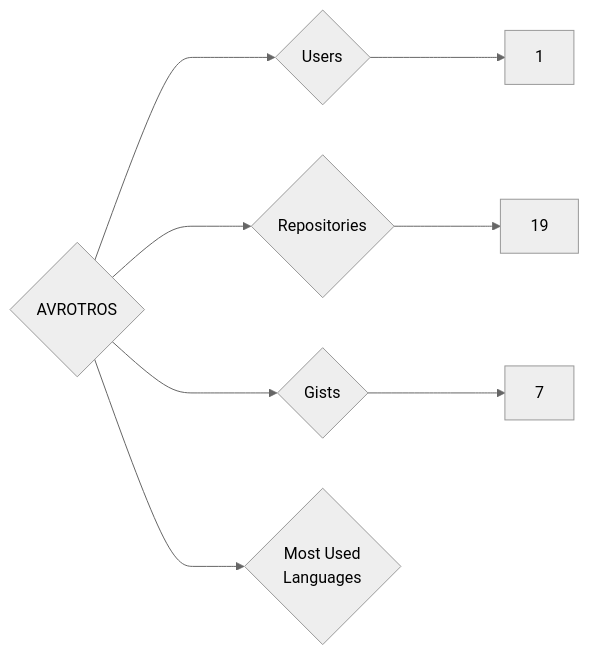
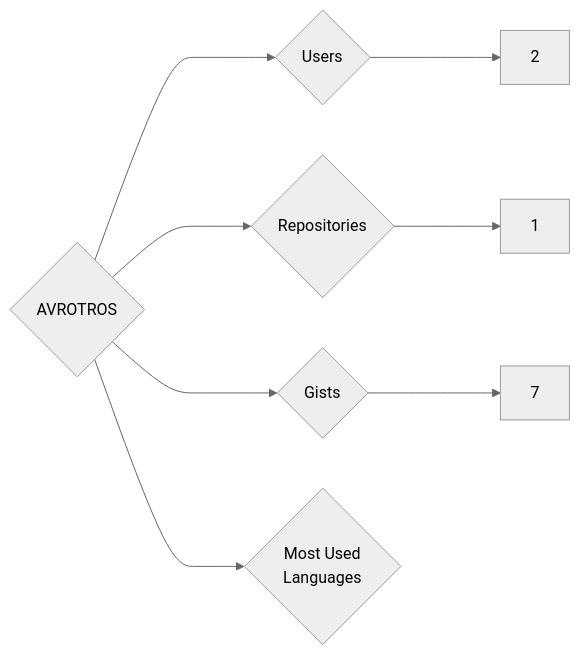
One commit to trickest/insiders changed the diagram in targets/AVROTROS/README.md. Above: the diagram before and after it, drawn with Mermaid (neutral theme). The commit also changed 938 other files, not shown here.

````diff
--- a/targets/AVROTROS/README.md
+++ b/targets/AVROTROS/README.md
@@ -3,8 +3,8 @@
 ```mermaid
 graph LR
 COMPANY_NAME{AVROTROS}
-COMPANY_NAME ---> U{Users} ---> UN[1]
-COMPANY_NAME ---> R{Repositories} ---> RN[19]
+COMPANY_NAME ---> U{Users} ---> UN[2]
+COMPANY_NAME ---> R{Repositories} ---> RN[1]
 COMPANY_NAME ---> G{Gists} ---> GN[7]
 COMPANY_NAME ---> ML{Most Used<br>Languages}
 ```
````
